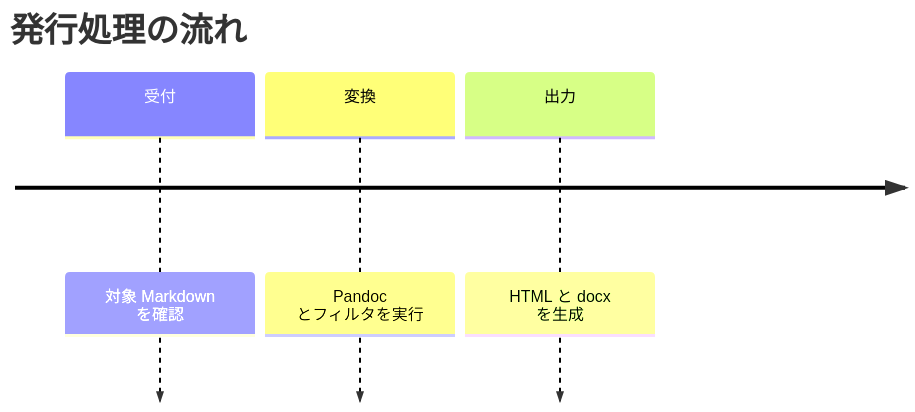
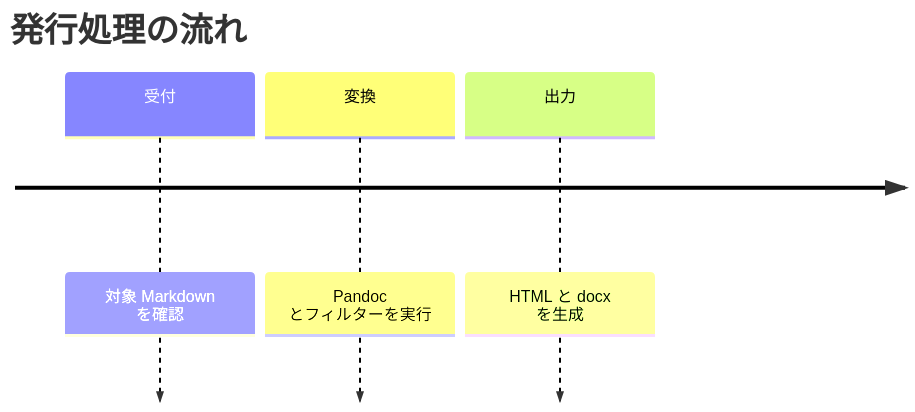
One commit to Hondarer/pub_markdown changed diagram 13 of 25 in docs/sample/mermaid-showcase.md. Above: the diagram before and after it, drawn with Mermaid. The commit also changed other lines of this file and 46 other files, not shown here.

````diff
--- a/docs/sample/mermaid-showcase.md
+++ b/docs/sample/mermaid-showcase.md
@@ -195,7 +195,7 @@
 ```mermaid
 timeline
     title 発行処理の流れ
     受付 : 対象 Markdown を確認
-    変換 : Pandoc とフィルタを実行
+    変換 : Pandoc とフィルターを実行
     出力 : HTML と docx を生成
 ```
````
